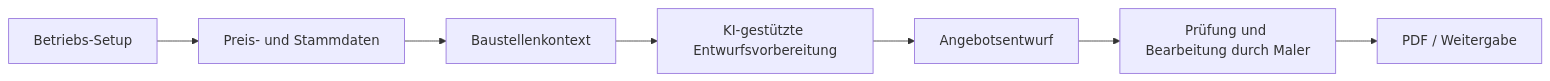
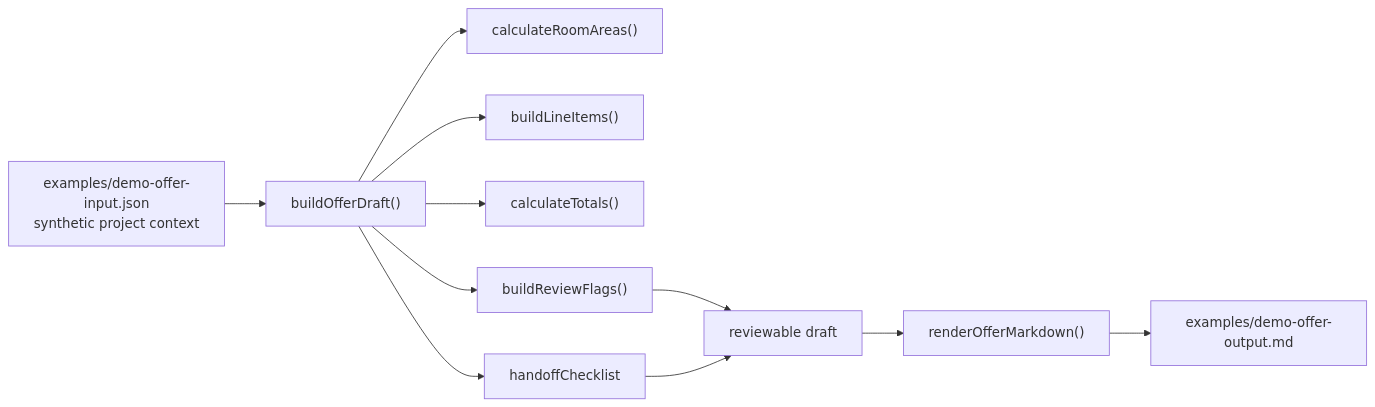
The diagram in docs/architecture.md (ro-sketch12/fotokalk-offer-workflow), drawn with Mermaid before and after one commit. The commit also changed other lines of this file and 12 other files, not shown here.

````diff
--- a/docs/architecture.md
+++ b/docs/architecture.md
@@ -5,9 +18,13 @@
 ```mermaid
 flowchart LR
-  A["Betriebs-Setup"] --> B["Preis- und Stammdaten"]
-  B --> C["Baustellenkontext"]
-  C --> D["KI-gestützte Entwurfsvorbereitung"]
-  D --> E["Angebotsentwurf"]
-  E --> F["Prüfung und Bearbeitung durch Maler"]
-  F --> G["PDF / Weitergabe"]
+  A["examples/demo-offer-input.json<br/>synthetic project context"] --> B["buildOfferDraft()"]
+  B --> C["calculateRoomAreas()"]
+  B --> D["buildLineItems()"]
+  B --> E["calculateTotals()"]
+  B --> F["buildReviewFlags()"]
+  B --> G["handoffChecklist"]
+  F --> H["reviewable draft"]
+  G --> H
+  H --> I["renderOfferMarkdown()"]
+  I --> J["examples/demo-offer-output.md"]
 ```
````
